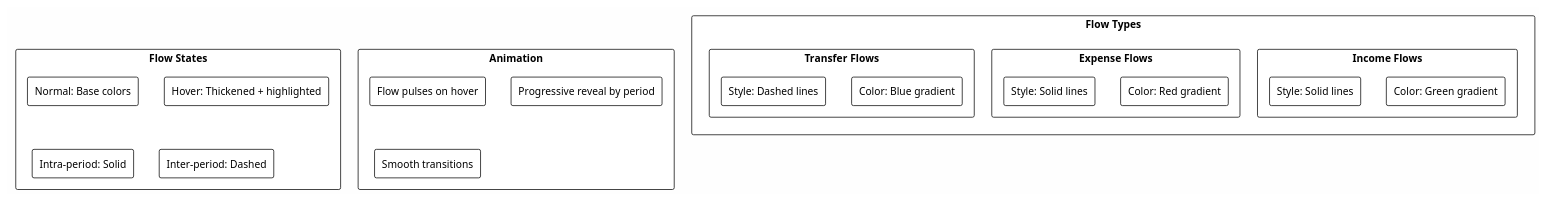
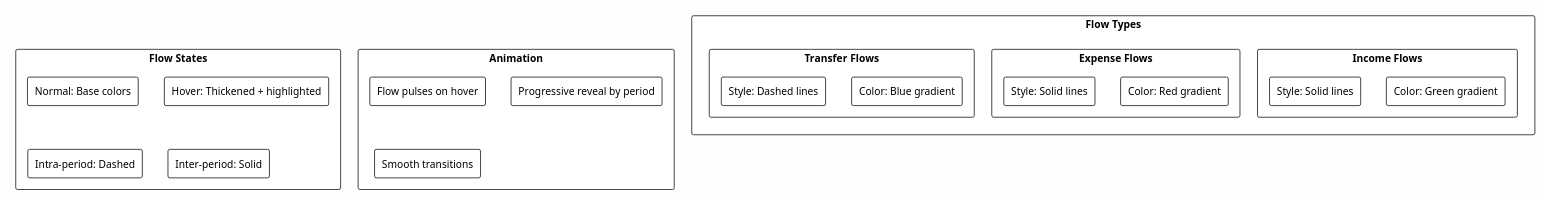
Diagram 11 of 17 in RatRace2025/docs/design/ui-integration.md (andypaul65/RatRace2025), drawn with PlantUML before and after one commit.

Commit message:
docs: Update flow states styling rules for Sankey diagrams
- Change intra-period flows to dashed lines
- Change inter-period flows to solid lines
- Update UI integration documentation to reflect new visual styling

````diff
--- a/RatRace2025/docs/design/ui-integration.md
+++ b/RatRace2025/docs/design/ui-integration.md
@@ -439,34 +439,34 @@
 ```plantuml
 @startuml Flow Styling
 !theme plain
 skinparam backgroundColor #FEFEFE
 
 rectangle "Flow Types" as Types {
   rectangle "Income Flows" as Income {
     rectangle "Color: Green gradient" as IncColor
     rectangle "Style: Solid lines" as IncStyle
   }
   rectangle "Expense Flows" as Expense {
     rectangle "Color: Red gradient" as ExpColor
     rectangle "Style: Solid lines" as ExpStyle
   }
   rectangle "Transfer Flows" as Transfer {
     rectangle "Color: Blue gradient" as TransColor
     rectangle "Style: Dashed lines" as TransStyle
   }
 }
 
 rectangle "Flow States" as States {
   rectangle "Normal: Base colors" as Normal
   rectangle "Hover: Thickened + highlighted" as Hover
-  rectangle "Intra-period: Solid" as Intra
-  rectangle "Inter-period: Dashed" as Inter
+  rectangle "Intra-period: Dashed" as Intra
+  rectangle "Inter-period: Solid" as Inter
 }
 
 rectangle "Animation" as Animation {
   rectangle "Flow pulses on hover" as Pulse
   rectangle "Progressive reveal by period" as Progressive
   rectangle "Smooth transitions" as Smooth
 }
 @enduml
 ```
````
